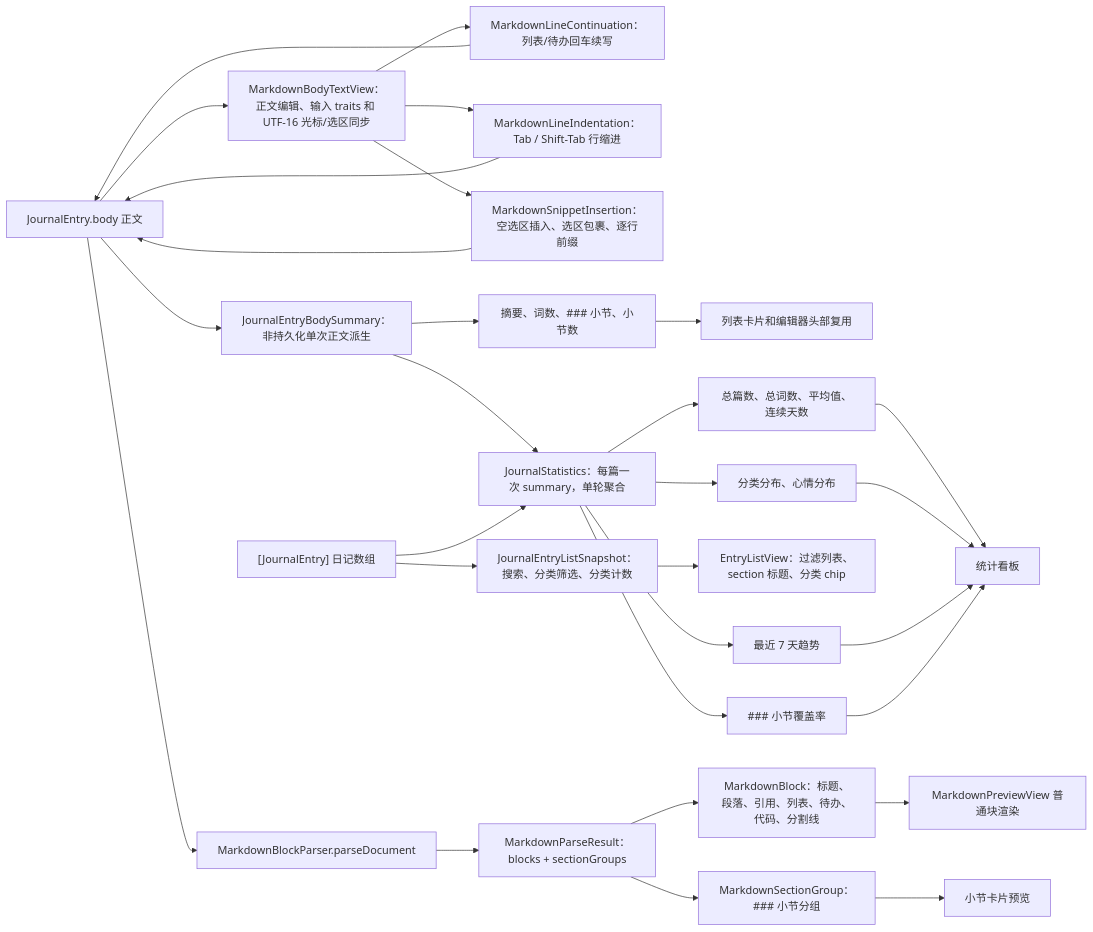
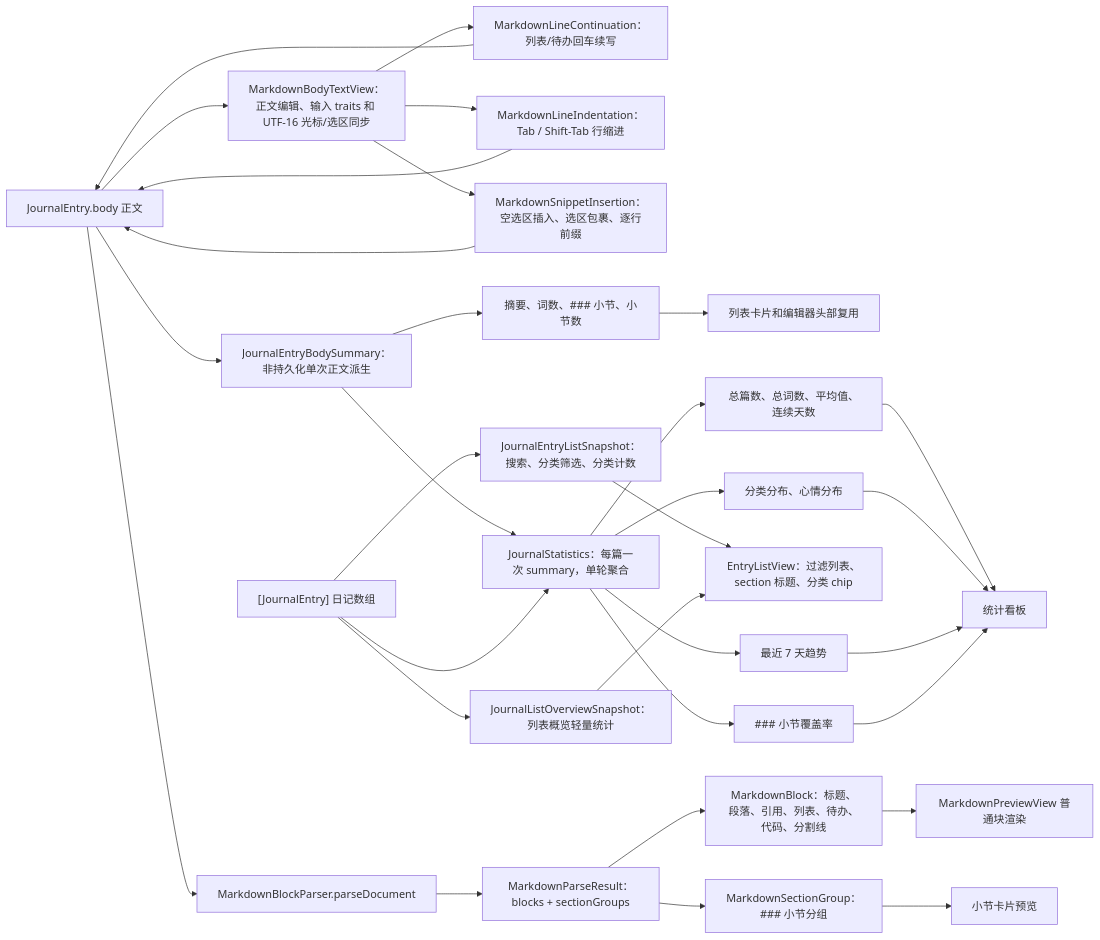
One commit to Altman-sam114/117 changed the fourth of 6 diagrams in md/flow/flowchart.md. Above: the diagram before and after it, drawn with Mermaid. The commit also changed other lines of this file and 10 other files, not shown here.

````diff
--- a/md/flow/flowchart.md
+++ b/md/flow/flowchart.md
@@ -115,31 +117,33 @@
 ```mermaid
 flowchart LR
   Body["JournalEntry.body 正文"] --> Summary["JournalEntryBodySummary：非持久化单次正文派生"]
   Body --> BodyText["MarkdownBodyTextView：正文编辑、输入 traits 和 UTF-16 光标/选区同步"]
   BodyText --> ContinueRule["MarkdownLineContinuation：列表/待办回车续写"]
   ContinueRule --> Body
   BodyText --> IndentRule["MarkdownLineIndentation：Tab / Shift-Tab 行缩进"]
   IndentRule --> Body
   BodyText --> InsertRule["MarkdownSnippetInsertion：空选区插入、选区包裹、逐行前缀"]
   InsertRule --> Body
   Summary --> Excerpt["摘要、词数、### 小节、小节数"]
   Excerpt --> RowEditor["列表卡片和编辑器头部复用"]
   Summary --> Statistics["JournalStatistics：每篇一次 summary，单轮聚合"]
   Body --> Parse["MarkdownBlockParser.parseDocument"]
   Parse --> Result["MarkdownParseResult：blocks + sectionGroups"]
   Result --> Blocks["MarkdownBlock：标题、段落、引用、列表、待办、代码、分割线"]
   Blocks --> Preview["MarkdownPreviewView 普通块渲染"]
   Result --> Sections["MarkdownSectionGroup：### 小节分组"]
   Sections --> SectionPreview["小节卡片预览"]
   Entries["[JournalEntry] 日记数组"] --> Statistics
   Entries --> ListSnapshot2["JournalEntryListSnapshot：搜索、分类筛选、分类计数"]
   ListSnapshot2 --> ListView["EntryListView：过滤列表、section 标题、分类 chip"]
+  Entries --> ListOverview2["JournalListOverviewSnapshot：列表概览轻量统计"]
+  ListOverview2 --> ListView
   Statistics --> Metrics["总篇数、总词数、平均值、连续天数"]
   Statistics --> Distributions["分类分布、心情分布"]
   Statistics --> Trend["最近 7 天趋势"]
   Statistics --> Coverage["### 小节覆盖率"]
   Metrics --> Dashboard["统计看板"]
   Distributions --> Dashboard
   Trend --> Dashboard
   Coverage --> Dashboard
 ```
````
